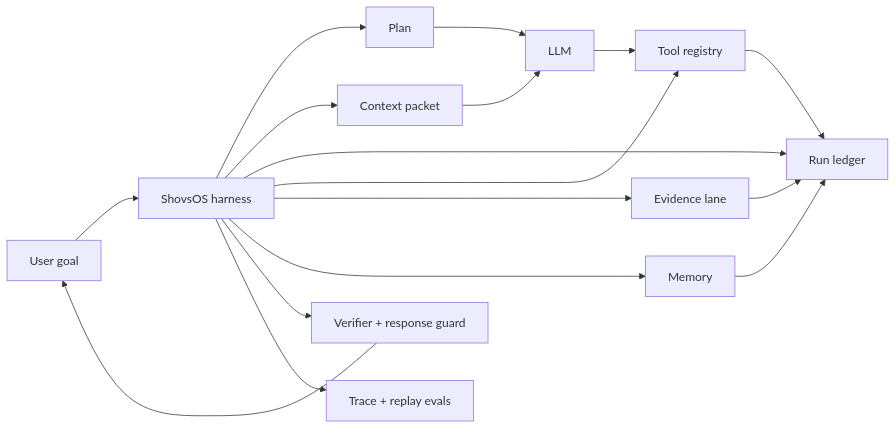
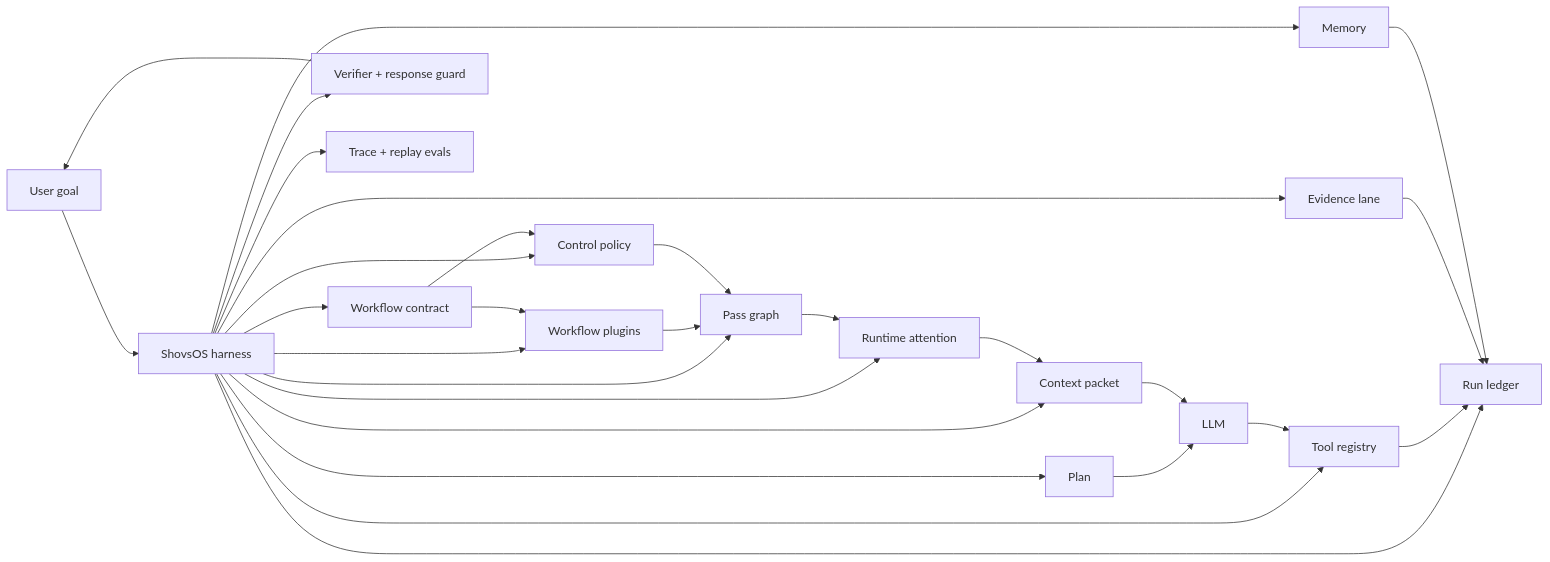
Before and after one commit to theshovonsaha/shovsOS: the first of 2 diagrams in HARNESS.md, drawn with Mermaid. The commit also changed other lines of this file and 99 other files, not shown here.

````diff
--- a/HARNESS.md
+++ b/HARNESS.md
@@ -7,19 +7,30 @@
 ```mermaid
 flowchart LR
     U["User goal"] --> H["ShovsOS harness"]
     H --> P["Plan"]
     H --> C["Context packet"]
     H --> L["Run ledger"]
+    H --> W["Workflow contract"]
+    H --> WP["Workflow plugins"]
+    H --> CP["Control policy"]
+    H --> G["Pass graph"]
+    H --> A["Runtime attention"]
     H --> T["Tool registry"]
     H --> E["Evidence lane"]
     H --> M["Memory"]
     H --> V["Verifier + response guard"]
     H --> R["Trace + replay evals"]
     P --> Model["LLM"]
+    W --> WP
+    W --> CP
+    WP --> G
+    CP --> G
+    G --> A
+    A --> C
     C --> Model
     Model --> T
     T --> L
     E --> L
     M --> L
     V --> U
 ```
````
